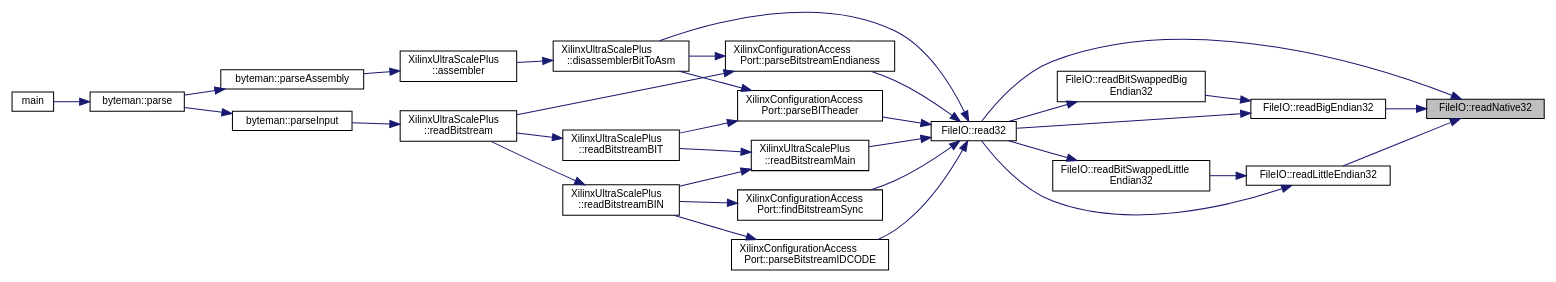
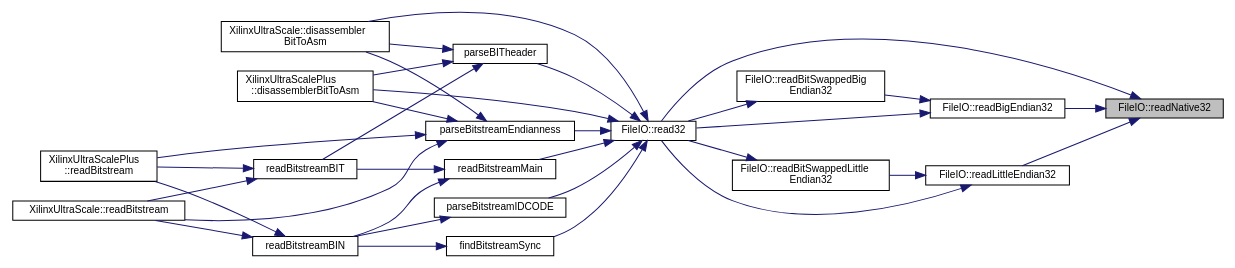
Before and after one commit to FPGA-Research-Manchester/byteman: the diagram in namespaceFileIO_ab253c19d57dd469687a36fe5b097eb34_icgraph.dot, drawn with Graphviz. The commit also changed 2369 other files, not shown here.

```diff
--- a/namespaceFileIO_ab253c19d57dd469687a36fe5b097eb34_icgraph.dot
+++ b/namespaceFileIO_ab253c19d57dd469687a36fe5b097eb34_icgraph.dot
@@ -1,59 +1,56 @@
 digraph "FileIO::readNative32"
 {
  // INTERACTIVE_SVG=YES
  // LATEX_PDF_SIZE
   edge [fontname="Helvetica",fontsize="10",labelfontname="Helvetica",labelfontsize="10"];
   node [fontname="Helvetica",fontsize="10",shape=record];
   rankdir="RL";
   Node1 [label="FileIO::readNative32",height=0.2,width=0.4,color="black", fillcolor="grey75", style="filled", fontcolor="black",tooltip=" "];
   Node1 -> Node2 [dir="back",color="midnightblue",fontsize="10",style="solid",fontname="Helvetica"];
-  Node2 [label="FileIO::read32",height=0.2,width=0.4,color="black", fillcolor="white", style="filled",URL="$namespaceFileIO.html#a20ef39a2e52da1b679e3224ab5129cbc",tooltip=" "];
+  Node2 [label="FileIO::read32",height=0.2,width=0.4,color="black", fillcolor="white", style="filled",URL="$namespaceFileIO.html#aaccfcd823f22c4f98df1cb587fcd74e6",tooltip=" "];
   Node2 -> Node3 [dir="back",color="midnightblue",fontsize="10",style="solid",fontname="Helvetica"];
-  Node3 [label="XilinxUltraScalePlus\l::disassemblerBitToAsm",height=0.2,width=0.4,color="black", fillcolor="white", style="filled",URL="$classXilinxUltraScalePlus.html#a54f9af4b6723a99c0b9e8e9c9b424d00",tooltip=" "];
-  Node3 -> Node4 [dir="back",color="midnightblue",fontsize="10",style="solid",fontname="Helvetica"];
-  Node4 [label="XilinxUltraScalePlus\l::assembler",height=0.2,width=0.4,color="black", fillcolor="white", style="filled",URL="$classXilinxUltraScalePlus.html#a53e5f6ec962f1f2a961f90b8b9e90e10",tooltip=" "];
-  Node4 -> Node5 [dir="back",color="midnightblue",fontsize="10",style="solid",fontname="Helvetica"];
-  Node5 [label="byteman::parseAssembly",height=0.2,width=0.4,color="black", fillcolor="white", style="filled",URL="$classbyteman.html#a5e7f2e31d95626075a6ce22b54ecbbf8",tooltip=" "];
+  Node3 [label="XilinxUltraScale::disassembler\lBitToAsm",height=0.2,width=0.4,color="black", fillcolor="white", style="filled",URL="$classXilinxUltraScale.html#a1e74fd2f5f3122339373ac7e571c0743",tooltip=" "];
+  Node2 -> Node4 [dir="back",color="midnightblue",fontsize="10",style="solid",fontname="Helvetica"];
+  Node4 [label="XilinxUltraScalePlus\l::disassemblerBitToAsm",height=0.2,width=0.4,color="black", fillcolor="white", style="filled",URL="$classXilinxUltraScalePlus.html#a54f9af4b6723a99c0b9e8e9c9b424d00",tooltip=" "];
+  Node2 -> Node5 [dir="back",color="midnightblue",fontsize="10",style="solid",fontname="Helvetica"];
+  Node5 [label="findBitstreamSync",height=0.2,width=0.4,color="black", fillcolor="white", style="filled",URL="$XCAP__inline__Input_8h.html#a69607c16f8f44d041835c83ac73816d3",tooltip=" "];
   Node5 -> Node6 [dir="back",color="midnightblue",fontsize="10",style="solid",fontname="Helvetica"];
-  Node6 [label="byteman::parse",height=0.2,width=0.4,color="black", fillcolor="white", style="filled",URL="$classbyteman.html#a0ce0e992678e3f8b51cc5e01cea14ddb",tooltip=" "];
+  Node6 [label="readBitstreamBIN",height=0.2,width=0.4,color="black", fillcolor="white", style="filled",URL="$XCAP__inline__Input_8h.html#ada7d4f59a2b9aa44680a400d5bd37ec5",tooltip=" "];
   Node6 -> Node7 [dir="back",color="midnightblue",fontsize="10",style="solid",fontname="Helvetica"];
-  Node7 [label="main",height=0.2,width=0.4,color="black", fillcolor="white", style="filled",URL="$byteman_8cpp.html#a0ddf1224851353fc92bfbff6f499fa97",tooltip=" "];
-  Node2 -> Node8 [dir="back",color="midnightblue",fontsize="10",style="solid",fontname="Helvetica"];
-  Node8 [label="XilinxConfigurationAccess\lPort::findBitstreamSync",height=0.2,width=0.4,color="black", fillcolor="white", style="filled",URL="$classXilinxConfigurationAccessPort.html#a323afc347a31a87b314c8d8da952211a",tooltip=" "];
-  Node8 -> Node9 [dir="back",color="midnightblue",fontsize="10",style="solid",fontname="Helvetica"];
-  Node9 [label="XilinxUltraScalePlus\l::readBitstreamBIN",height=0.2,width=0.4,color="black", fillcolor="white", style="filled",URL="$classXilinxUltraScalePlus.html#ae197b2b5b423cd1be99409c70f51bc37",tooltip=" "];
+  Node7 [label="XilinxUltraScale::readBitstream",height=0.2,width=0.4,color="black", fillcolor="white", style="filled",URL="$classXilinxUltraScale.html#a8d9e8e7846e7af191060d73b21024d8a",tooltip=" "];
+  Node6 -> Node8 [dir="back",color="midnightblue",fontsize="10",style="solid",fontname="Helvetica"];
+  Node8 [label="XilinxUltraScalePlus\l::readBitstream",height=0.2,width=0.4,color="black", fillcolor="white", style="filled",URL="$classXilinxUltraScalePlus.html#a0e5d08a2e5c37a29a1a04d50b48739d2",tooltip=" "];
+  Node2 -> Node9 [dir="back",color="midnightblue",fontsize="10",style="solid",fontname="Helvetica"];
+  Node9 [label="parseBITheader",height=0.2,width=0.4,color="black", fillcolor="white", style="filled",URL="$XCAP__inline__Input_8h.html#ac0e8d10f67fbe4b89886a2f5be7c690c",tooltip=" "];
+  Node9 -> Node3 [dir="back",color="midnightblue",fontsize="10",style="solid",fontname="Helvetica"];
+  Node9 -> Node4 [dir="back",color="midnightblue",fontsize="10",style="solid",fontname="Helvetica"];
   Node9 -> Node10 [dir="back",color="midnightblue",fontsize="10",style="solid",fontname="Helvetica"];
-  Node10 [label="XilinxUltraScalePlus\l::readBitstream",height=0.2,width=0.4,color="black", fillcolor="white", style="filled",URL="$classXilinxUltraScalePlus.html#a0e5d08a2e5c37a29a1a04d50b48739d2",tooltip=" "];
-  Node10 -> Node11 [dir="back",color="midnightblue",fontsize="10",style="solid",fontname="Helvetica"];
-  Node11 [label="byteman::parseInput",height=0.2,width=0.4,color="black", fillcolor="white", style="filled",URL="$classbyteman.html#ac217ac1dbc512bf44a70b147c0ceff04",tooltip=" "];
-  Node11 -> Node6 [dir="back",color="midnightblue",fontsize="10",style="solid",fontname="Helvetica"];
+  Node10 [label="readBitstreamBIT",height=0.2,width=0.4,color="black", fillcolor="white", style="filled",URL="$XCAP__inline__Input_8h.html#a2015af67475241b52cb4fdd54ab6577e",tooltip=" "];
+  Node10 -> Node7 [dir="back",color="midnightblue",fontsize="10",style="solid",fontname="Helvetica"];
+  Node10 -> Node8 [dir="back",color="midnightblue",fontsize="10",style="solid",fontname="Helvetica"];
+  Node2 -> Node11 [dir="back",color="midnightblue",fontsize="10",style="solid",fontname="Helvetica"];
+  Node11 [label="parseBitstreamEndianness",height=0.2,width=0.4,color="black", fillcolor="white", style="filled",URL="$XCAP__inline__Input_8h.html#afecbc7d2f0175cd665f732ec0c5b93bf",tooltip=" "];
+  Node11 -> Node3 [dir="back",color="midnightblue",fontsize="10",style="solid",fontname="Helvetica"];
+  Node11 -> Node4 [dir="back",color="midnightblue",fontsize="10",style="solid",fontname="Helvetica"];
+  Node11 -> Node7 [dir="back",color="midnightblue",fontsize="10",style="solid",fontname="Helvetica"];
+  Node11 -> Node8 [dir="back",color="midnightblue",fontsize="10",style="solid",fontname="Helvetica"];
   Node2 -> Node12 [dir="back",color="midnightblue",fontsize="10",style="solid",fontname="Helvetica"];
-  Node12 [label="XilinxConfigurationAccess\lPort::parseBITheader",height=0.2,width=0.4,color="black", fillcolor="white", style="filled",URL="$classXilinxConfigurationAccessPort.html#a0eb1cd9757987010e6879268ae412b4e",tooltip=" "];
-  Node12 -> Node3 [dir="back",color="midnightblue",fontsize="10",style="solid",fontname="Helvetica"];
-  Node12 -> Node13 [dir="back",color="midnightblue",fontsize="10",style="solid",fontname="Helvetica"];
-  Node13 [label="XilinxUltraScalePlus\l::readBitstreamBIT",height=0.2,width=0.4,color="black", fillcolor="white", style="filled",URL="$classXilinxUltraScalePlus.html#a62dea738808396d7d520f26d8e5594d2",tooltip=" "];
+  Node12 [label="parseBitstreamIDCODE",height=0.2,width=0.4,color="black", fillcolor="white", style="filled",URL="$XCAP__inline__Input_8h.html#aaca4e37f11bf6f869a9f1296b5b0182a",tooltip=" "];
+  Node12 -> Node6 [dir="back",color="midnightblue",fontsize="10",style="solid",fontname="Helvetica"];
+  Node2 -> Node13 [dir="back",color="midnightblue",fontsize="10",style="solid",fontname="Helvetica"];
+  Node13 [label="readBitstreamMain",height=0.2,width=0.4,color="black", fillcolor="white", style="filled",URL="$XCAP__inline__Input_8h.html#a0487f8d718905360038fc67d9cfbe63c",tooltip=" "];
+  Node13 -> Node6 [dir="back",color="midnightblue",fontsize="10",style="solid",fontname="Helvetica"];
   Node13 -> Node10 [dir="back",color="midnightblue",fontsize="10",style="solid",fontname="Helvetica"];
-  Node2 -> Node14 [dir="back",color="midnightblue",fontsize="10",style="solid",fontname="Helvetica"];
-  Node14 [label="XilinxConfigurationAccess\lPort::parseBitstreamEndianess",height=0.2,width=0.4,color="black", fillcolor="white", style="filled",URL="$classXilinxConfigurationAccessPort.html#aa9ff2ea1e4257936ddeda62415f863c8",tooltip=" "];
-  Node14 -> Node3 [dir="back",color="midnightblue",fontsize="10",style="solid",fontname="Helvetica"];
-  Node14 -> Node10 [dir="back",color="midnightblue",fontsize="10",style="solid",fontname="Helvetica"];
-  Node2 -> Node15 [dir="back",color="midnightblue",fontsize="10",style="solid",fontname="Helvetica"];
-  Node15 [label="XilinxConfigurationAccess\lPort::parseBitstreamIDCODE",height=0.2,width=0.4,color="black", fillcolor="white", style="filled",URL="$classXilinxConfigurationAccessPort.html#aae992541580682b85f13ed867ef3adea",tooltip=" "];
-  Node15 -> Node9 [dir="back",color="midnightblue",fontsize="10",style="solid",fontname="Helvetica"];
-  Node2 -> Node16 [dir="back",color="midnightblue",fontsize="10",style="solid",fontname="Helvetica"];
-  Node16 [label="XilinxUltraScalePlus\l::readBitstreamMain",height=0.2,width=0.4,color="black", fillcolor="white", style="filled",URL="$classXilinxUltraScalePlus.html#ade1b1830c328d64beb957417ecc445b3",tooltip=" "];
-  Node16 -> Node9 [dir="back",color="midnightblue",fontsize="10",style="solid",fontname="Helvetica"];
-  Node16 -> Node13 [dir="back",color="midnightblue",fontsize="10",style="solid",fontname="Helvetica"];
-  Node1 -> Node17 [dir="back",color="midnightblue",fontsize="10",style="solid",fontname="Helvetica"];
-  Node17 [label="FileIO::readBigEndian32",height=0.2,width=0.4,color="black", fillcolor="white", style="filled",URL="$namespaceFileIO.html#a5094057ac3e48a146c33a8bddeaae60f",tooltip=" "];
+  Node1 -> Node14 [dir="back",color="midnightblue",fontsize="10",style="solid",fontname="Helvetica"];
+  Node14 [label="FileIO::readBigEndian32",height=0.2,width=0.4,color="black", fillcolor="white", style="filled",URL="$namespaceFileIO.html#a5094057ac3e48a146c33a8bddeaae60f",tooltip=" "];
+  Node14 -> Node2 [dir="back",color="midnightblue",fontsize="10",style="solid",fontname="Helvetica"];
+  Node14 -> Node15 [dir="back",color="midnightblue",fontsize="10",style="solid",fontname="Helvetica"];
+  Node15 [label="FileIO::readBitSwappedBig\lEndian32",height=0.2,width=0.4,color="black", fillcolor="white", style="filled",URL="$namespaceFileIO.html#a5f45a6b86516466bf524cb04b333eade",tooltip=" "];
+  Node15 -> Node2 [dir="back",color="midnightblue",fontsize="10",style="solid",fontname="Helvetica"];
+  Node1 -> Node16 [dir="back",color="midnightblue",fontsize="10",style="solid",fontname="Helvetica"];
+  Node16 [label="FileIO::readLittleEndian32",height=0.2,width=0.4,color="black", fillcolor="white", style="filled",URL="$namespaceFileIO.html#a993f428d792c535bc6455ac6e4eb0e26",tooltip=" "];
+  Node16 -> Node2 [dir="back",color="midnightblue",fontsize="10",style="solid",fontname="Helvetica"];
+  Node16 -> Node17 [dir="back",color="midnightblue",fontsize="10",style="solid",fontname="Helvetica"];
+  Node17 [label="FileIO::readBitSwappedLittle\lEndian32",height=0.2,width=0.4,color="black", fillcolor="white", style="filled",URL="$namespaceFileIO.html#a2fd6138a1888683dec937c2f97c24972",tooltip=" "];
   Node17 -> Node2 [dir="back",color="midnightblue",fontsize="10",style="solid",fontname="Helvetica"];
-  Node17 -> Node18 [dir="back",color="midnightblue",fontsize="10",style="solid",fontname="Helvetica"];
-  Node18 [label="FileIO::readBitSwappedBig\lEndian32",height=0.2,width=0.4,color="black", fillcolor="white", style="filled",URL="$namespaceFileIO.html#a5f45a6b86516466bf524cb04b333eade",tooltip=" "];
-  Node18 -> Node2 [dir="back",color="midnightblue",fontsize="10",style="solid",fontname="Helvetica"];
-  Node1 -> Node19 [dir="back",color="midnightblue",fontsize="10",style="solid",fontname="Helvetica"];
-  Node19 [label="FileIO::readLittleEndian32",height=0.2,width=0.4,color="black", fillcolor="white", style="filled",URL="$namespaceFileIO.html#a993f428d792c535bc6455ac6e4eb0e26",tooltip=" "];
-  Node19 -> Node2 [dir="back",color="midnightblue",fontsize="10",style="solid",fontname="Helvetica"];
-  Node19 -> Node20 [dir="back",color="midnightblue",fontsize="10",style="solid",fontname="Helvetica"];
-  Node20 [label="FileIO::readBitSwappedLittle\lEndian32",height=0.2,width=0.4,color="black", fillcolor="white", style="filled",URL="$namespaceFileIO.html#a2fd6138a1888683dec937c2f97c24972",tooltip=" "];
-  Node20 -> Node2 [dir="back",color="midnightblue",fontsize="10",style="solid",fontname="Helvetica"];
 }
```
